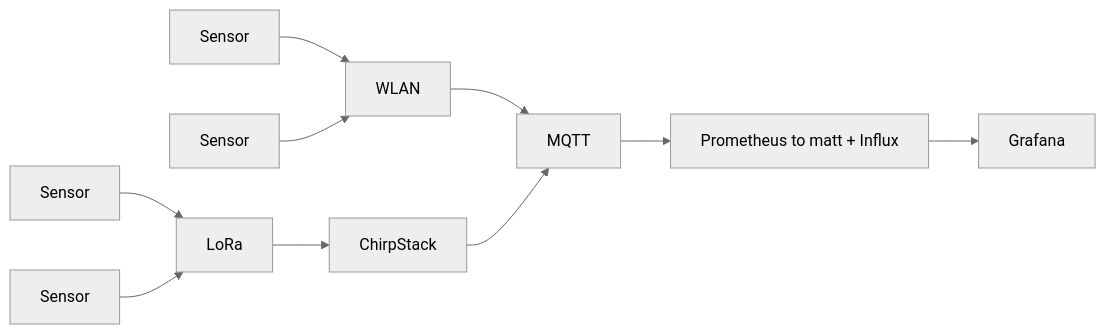
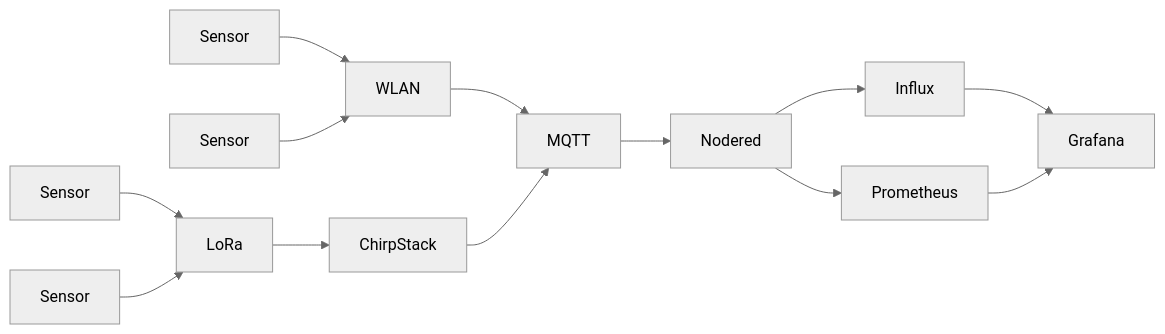
Before and after one commit to jreichwald/CAS-IoT-2024: the diagram in README.md, drawn with Mermaid (neutral theme).

Commit message:
Update Mermaid graph

````diff
--- a/README.md
+++ b/README.md
@@ -4,13 +4,15 @@
 ```mermaid 
 flowchart LR
     n2["Sensor"] --> n1["LoRa"]
     n3["Sensor"] --> n1
     n1 --> n4["ChirpStack"]
     n5["Sensor"] --> n7["WLAN"]
     n6["Sensor"] --> n7
     n7 --> n8["MQTT"]
     n4 --> n8
-    n8 --> n9["Prometheus to matt + Influx"]
-
+    n8 --> n11["Nodered"]
+    n11 --> n9["Prometheus"]
+    n11 --> n12
+    n12["Influx"] --> n10
     n9 --> n10["Grafana"]
 ```
````
